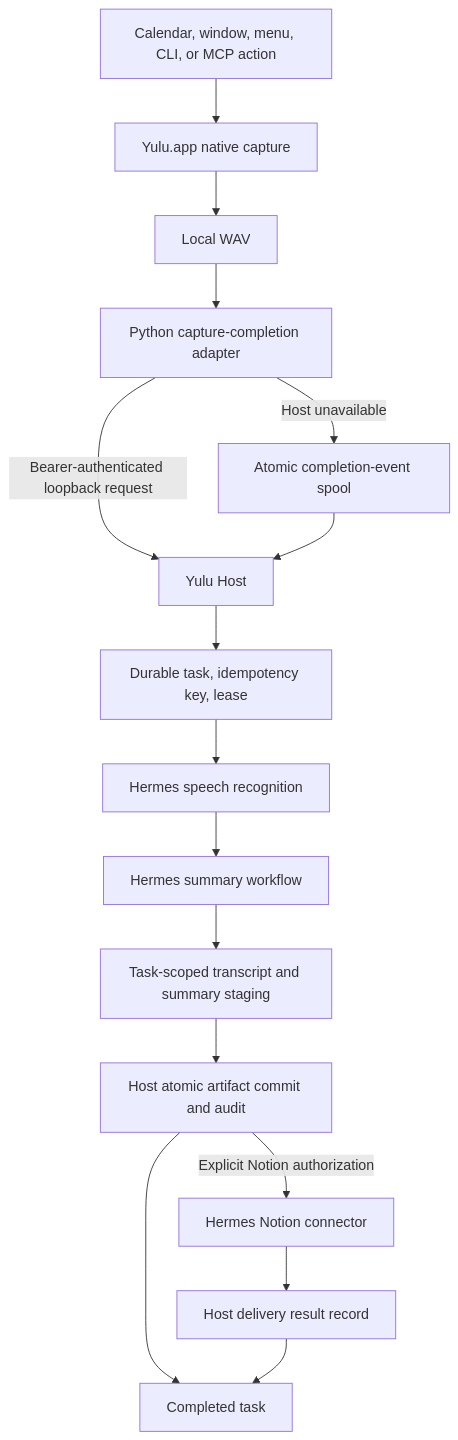
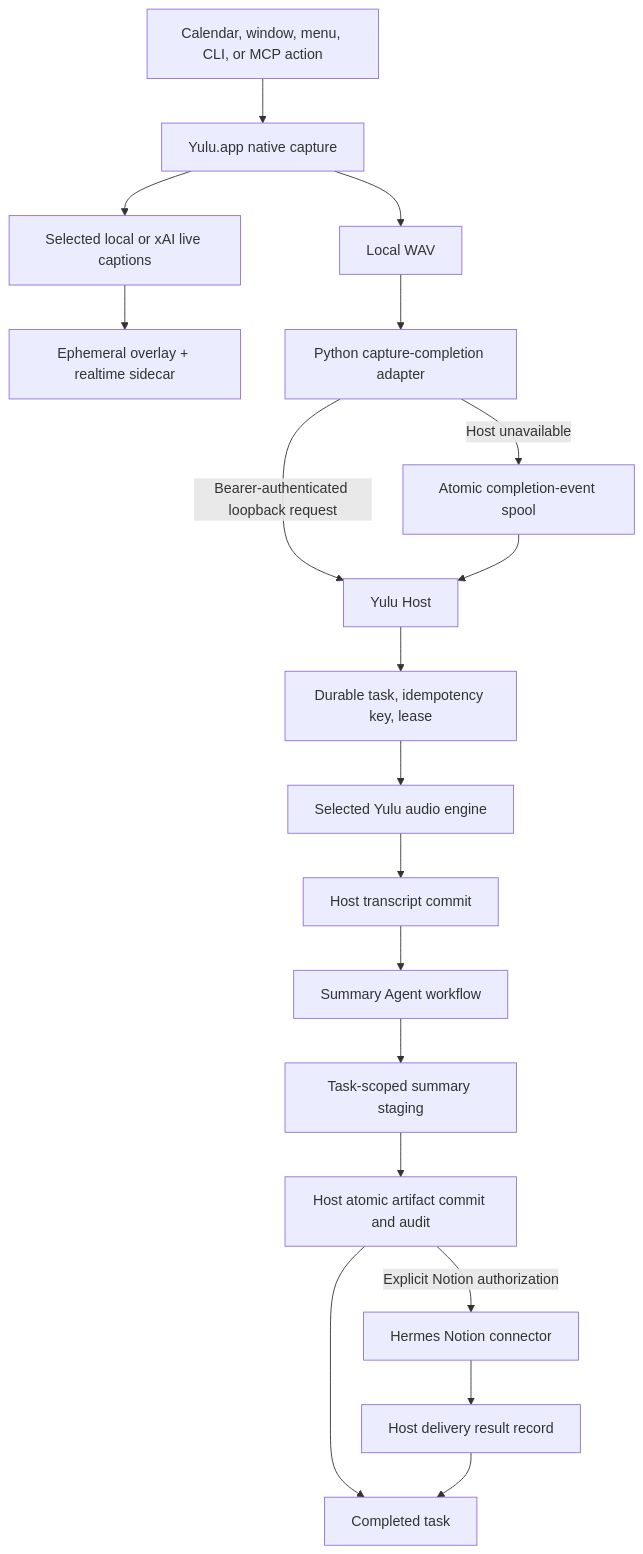
The first of 2 diagrams in docs/ARCHITECTURE.md (Nowhitestar/Yulu), drawn with Mermaid before and after one commit. The commit also changed other lines of this file and 86 other files, not shown here.

````diff
--- a/docs/ARCHITECTURE.md
+++ b/docs/ARCHITECTURE.md
@@ -44,18 +54,21 @@
 ```mermaid
 flowchart TD
     A["Calendar, window, menu, CLI, or MCP action"] --> B["Yulu.app native capture"]
     B --> C["Local WAV"]
+    B --> O["Selected local or xAI live captions"]
+    O --> P["Ephemeral overlay + realtime sidecar"]
     C --> D["Python capture-completion adapter"]
     D -->|"Bearer-authenticated loopback request"| E["Yulu Host"]
     D -->|"Host unavailable"| F["Atomic completion-event spool"]
     F --> E
     E --> G["Durable task, idempotency key, lease"]
-    G --> H["Hermes speech recognition"]
-    H --> I["Hermes summary workflow"]
-    I --> J["Task-scoped transcript and summary staging"]
+    G --> H["Selected Yulu audio engine"]
+    H --> Q["Host transcript commit"]
+    Q --> I["Summary Agent workflow"]
+    I --> J["Task-scoped summary staging"]
     J --> K["Host atomic artifact commit and audit"]
     K -->|"Explicit Notion authorization"| L["Hermes Notion connector"]
     L --> M["Host delivery result record"]
     K --> N["Completed task"]
     M --> N
 ```
````
